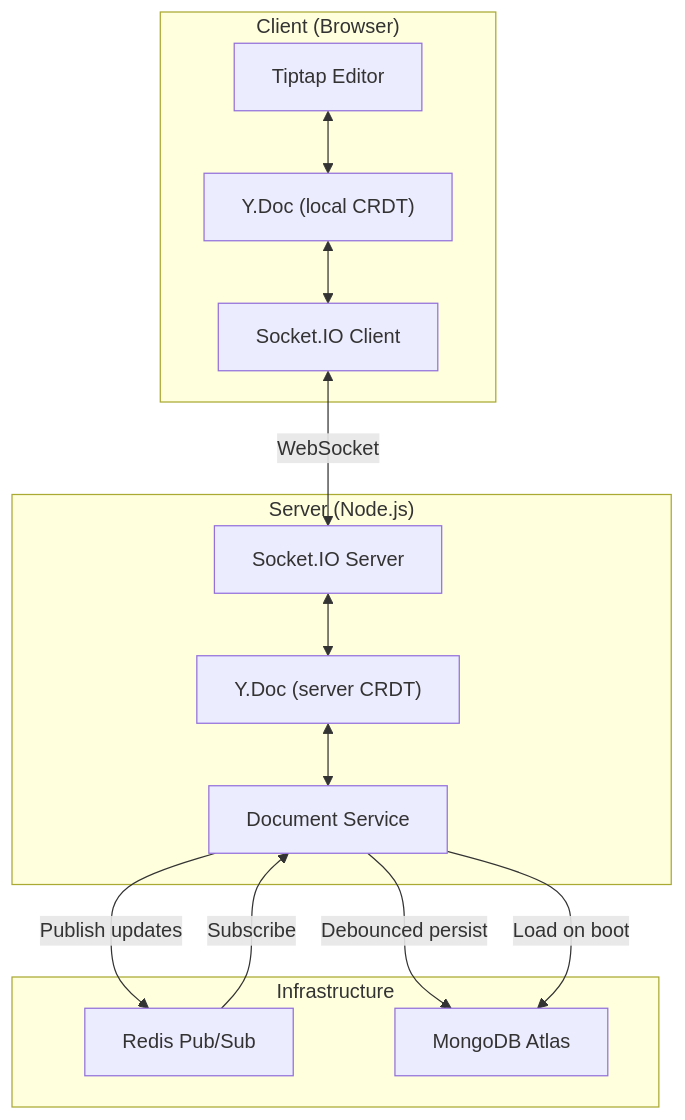
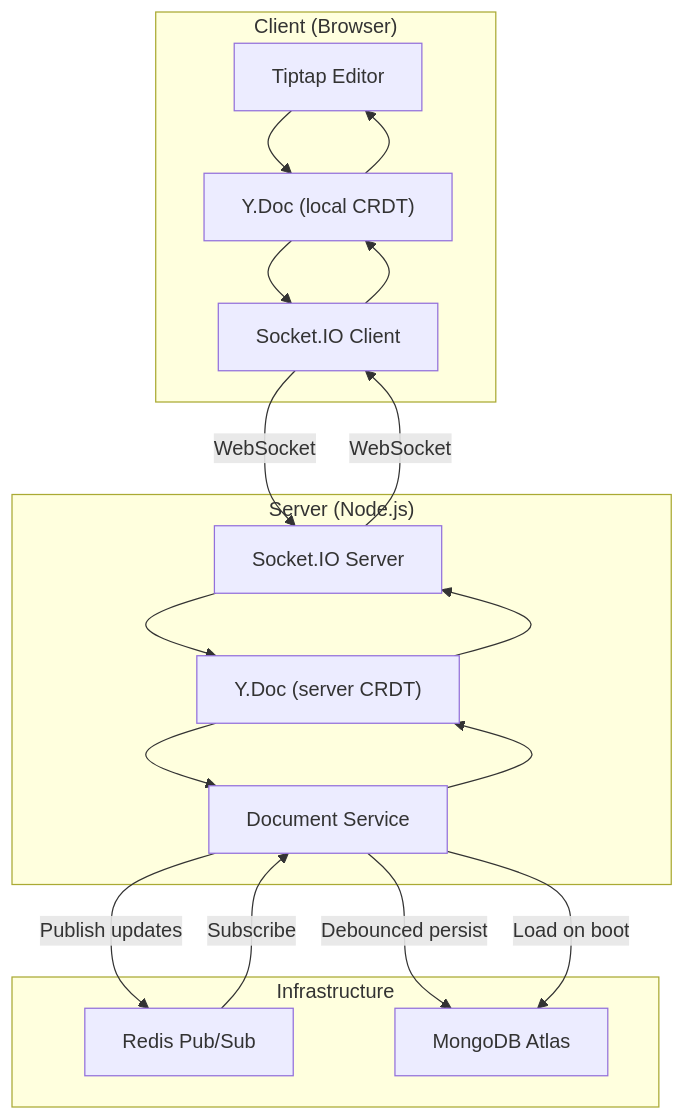
Before and after one commit to Kshitijkulal/Live-Doc-Editor: the first of 5 diagrams in README.md, drawn with Mermaid. The commit also changed other lines of this file, not shown here.

Commit message:
mermaid bug

````diff
--- a/README.md
+++ b/README.md
@@ -106,29 +106,34 @@
 ```mermaid
 graph TB
-    subgraph "Client (Browser)"
+    subgraph Client_Browser["Client (Browser)"]
         UI["Tiptap Editor"]
         YDoc["Y.Doc (local CRDT)"]
         SIO_C["Socket.IO Client"]
-        UI <--> YDoc
-        YDoc <--> SIO_C
+        UI --> YDoc
+        YDoc --> UI
+        YDoc --> SIO_C
+        SIO_C --> YDoc
     end
 
-    subgraph "Server (Node.js)"
+    subgraph Server_NodeJS["Server (Node.js)"]
         SIO_S["Socket.IO Server"]
         YDoc_S["Y.Doc (server CRDT)"]
         SVC["Document Service"]
-        SIO_S <--> YDoc_S
-        YDoc_S <--> SVC
+        SIO_S --> YDoc_S
+        YDoc_S --> SIO_S
+        YDoc_S --> SVC
+        SVC --> YDoc_S
     end
 
-    subgraph "Infrastructure"
+    subgraph Infrastructure
         Redis["Redis Pub/Sub"]
         Mongo["MongoDB Atlas"]
     end
 
-    SIO_C <-->|"WebSocket"| SIO_S
+    SIO_C -->|"WebSocket"| SIO_S
+    SIO_S -->|"WebSocket"| SIO_C
     SVC -->|"Publish updates"| Redis
     Redis -->|"Subscribe"| SVC
     SVC -->|"Debounced persist"| Mongo
     SVC -->|"Load on boot"| Mongo
 ```
````
